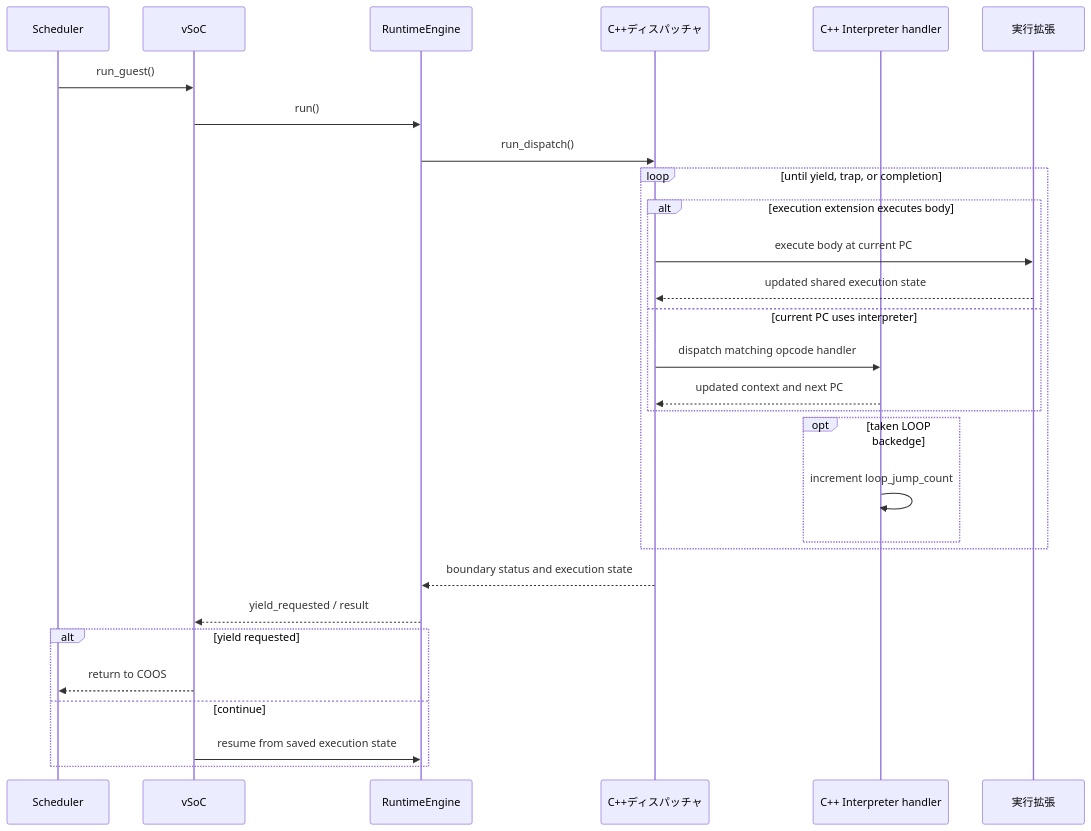
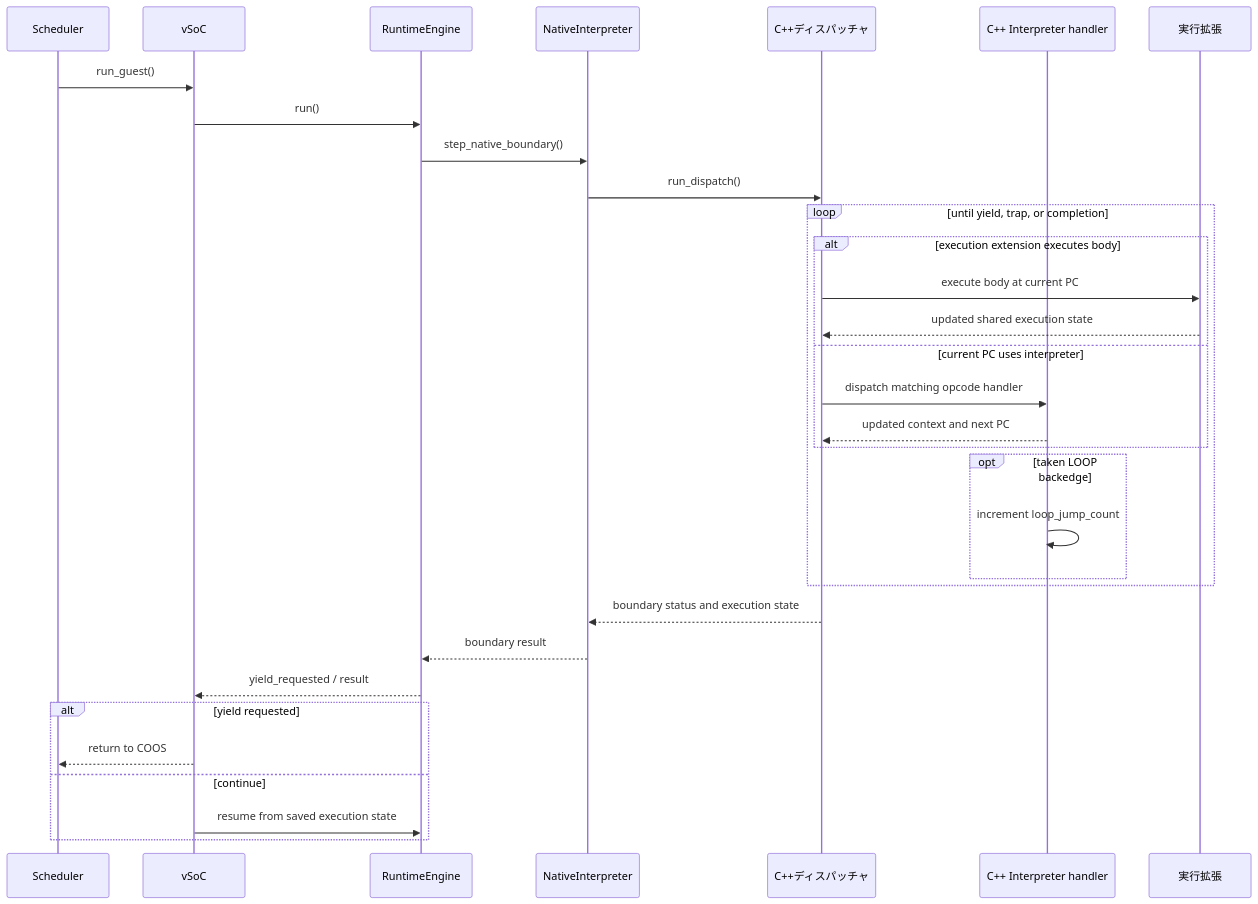
Before and after one commit to kmt-t/fireball: the third of 7 diagrams in docs/components/tier2_runtime/runtime_vsoc.md, drawn with Mermaid. The commit also changed other lines of this file and 84 other files, not shown here.

````diff
--- a/docs/components/tier2_runtime/runtime_vsoc.md
+++ b/docs/components/tier2_runtime/runtime_vsoc.md
@@ -210,32 +210,35 @@
 ```mermaid
 sequenceDiagram
     participant S as Scheduler
     participant V as vSoC
     participant R as RuntimeEngine
+    participant I as NativeInterpreter
     participant C as C++ディスパッチャ
     participant H as C++ Interpreter handler
     participant J as 実行拡張
 
     S->>V: run_guest()
     V->>R: run()
-    R->>C: run_dispatch()
+    R->>I: step_native_boundary()
+    I->>C: run_dispatch()
     loop until yield, trap, or completion
         alt execution extension executes body
             C->>J: execute body at current PC
             J-->>C: updated shared execution state
         else current PC uses interpreter
             C->>H: dispatch matching opcode handler
             H-->>C: updated context and next PC
         end
         opt taken LOOP backedge
             H->>H: increment loop_jump_count
         end
     end
-    C-->>R: boundary status and execution state
+    C-->>I: boundary status and execution state
+    I-->>R: boundary result
     R-->>V: yield_requested / result
     alt yield requested
         V-->>S: return to COOS
     else continue
         V->>R: resume from saved execution state
     end
 ```
````
